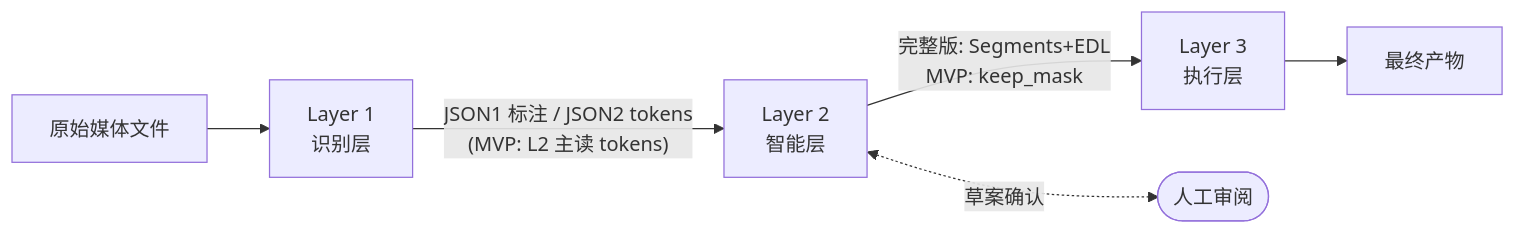
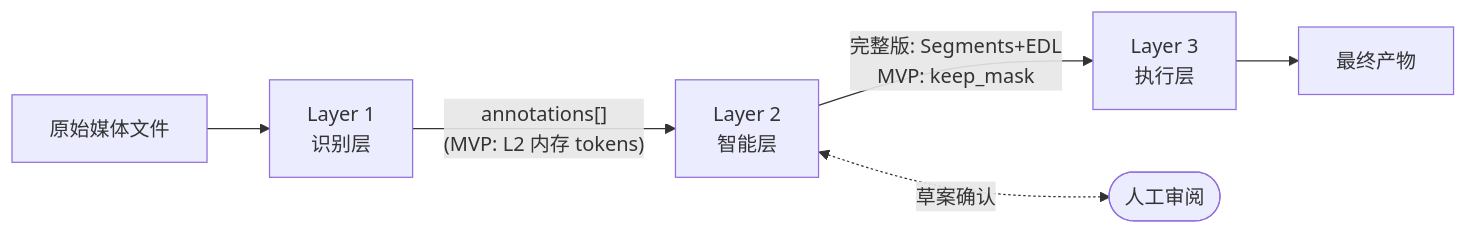
Before and after one commit to yy35959199/ascut: the first of 2 diagrams in doc/AutoSmartCut.md, drawn with Mermaid. The commit also changed other lines of this file and 32 other files, not shown here.

````diff
--- a/doc/AutoSmartCut.md
+++ b/doc/AutoSmartCut.md
@@ -151,16 +153,16 @@
 ```mermaid
 flowchart LR
     src["原始媒体文件"]
     L1["Layer 1\n识别层"]
     L2["Layer 2\n智能层"]
     L3["Layer 3\n执行层"]
     out["最终产物"]
 
     src --> L1
-    L1 -->|"JSON1 标注 / JSON2 tokens\n(MVP: L2 主读 tokens)"| L2
+    L1 -->|"annotations[]\n(MVP: L2 内存 tokens)"| L2
     L2 -->|"完整版: Segments+EDL\nMVP: keep_mask"| L3
     L3 --> out
 
     human(["人工审阅"])
     L2 <-.->|"草案确认"| human
 ```
````
